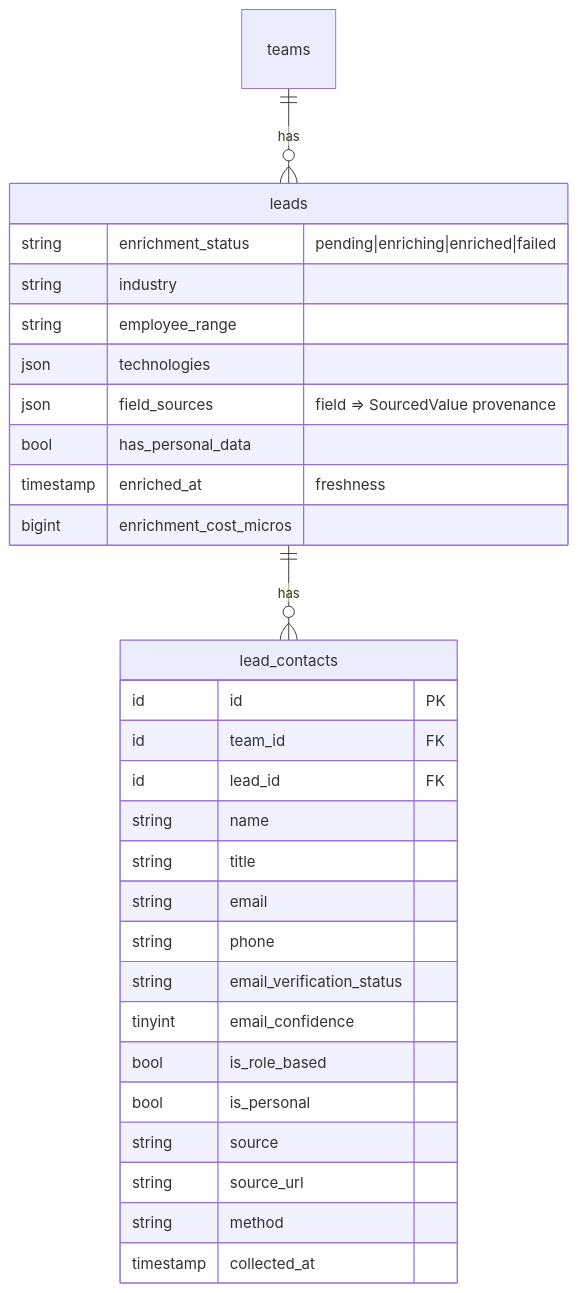
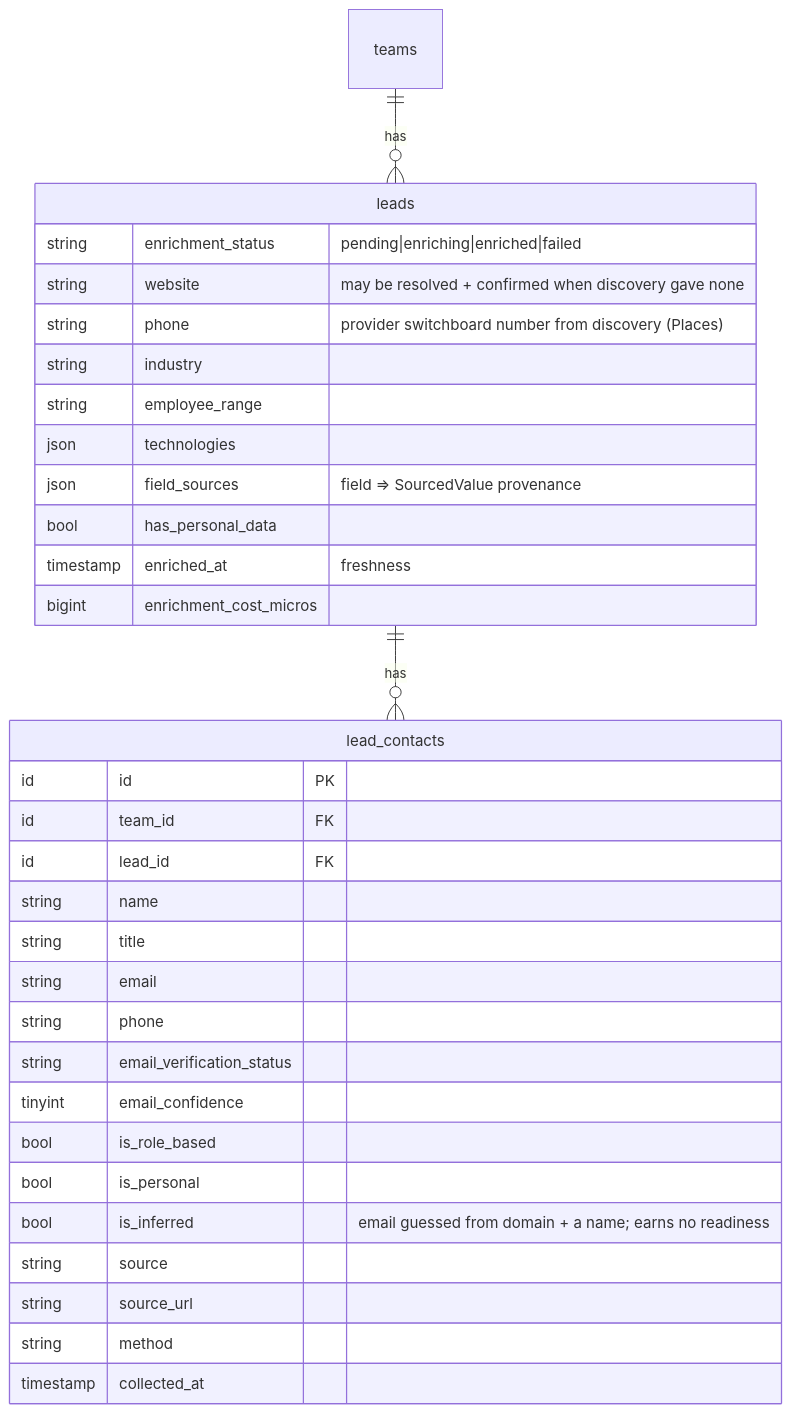
Before and after one commit to LordWatson/AlimaProspects: the diagram in docs/modules/enrichment-data-quality.md, drawn with Mermaid. The commit also changed other lines of this file and 70 other files, not shown here.

````diff
--- a/docs/modules/enrichment-data-quality.md
+++ b/docs/modules/enrichment-data-quality.md
@@ -70,32 +87,35 @@
 ```mermaid
 erDiagram
     teams ||--o{ leads : has
     leads ||--o{ lead_contacts : has
     leads {
         string enrichment_status "pending|enriching|enriched|failed"
+        string website "may be resolved + confirmed when discovery gave none"
+        string phone "provider switchboard number from discovery (Places)"
         string industry
         string employee_range
         json technologies
         json field_sources "field => SourcedValue provenance"
         bool has_personal_data
         timestamp enriched_at "freshness"
         bigint enrichment_cost_micros
     }
     lead_contacts {
         id id PK
         id team_id FK
         id lead_id FK
         string name
         string title
         string email
         string phone
         string email_verification_status
         tinyint email_confidence
         bool is_role_based
         bool is_personal
+        bool is_inferred "email guessed from domain + a name; earns no readiness"
         string source
         string source_url
         string method
         timestamp collected_at
     }
 ```
````
